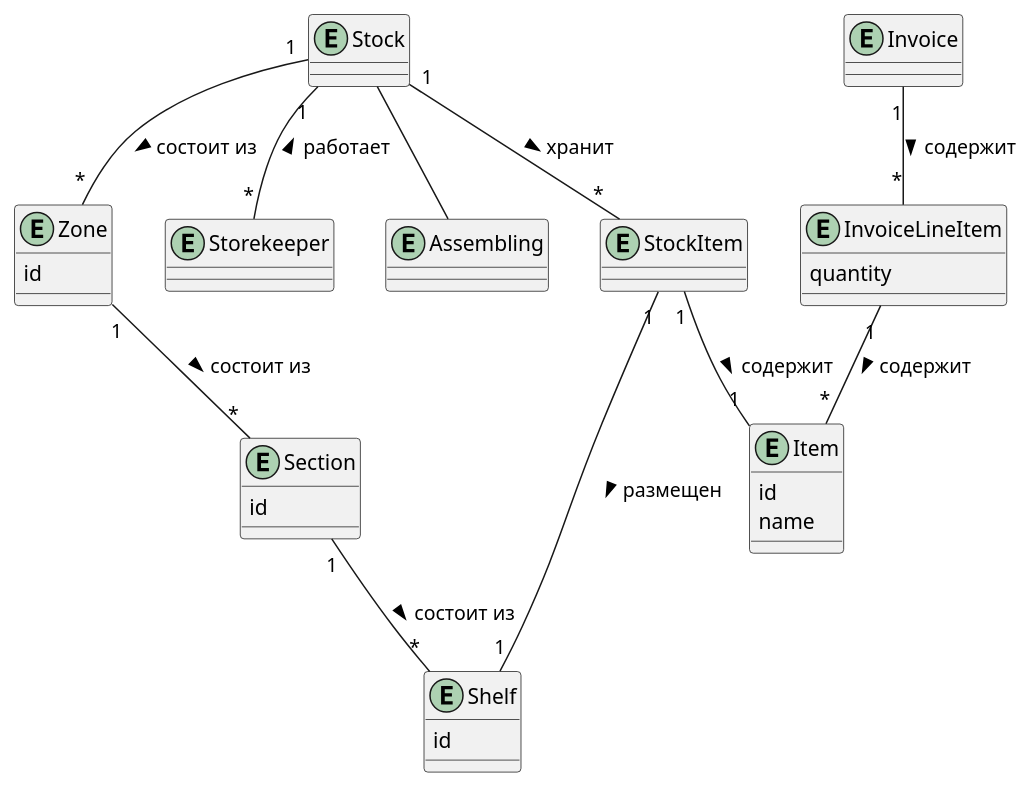
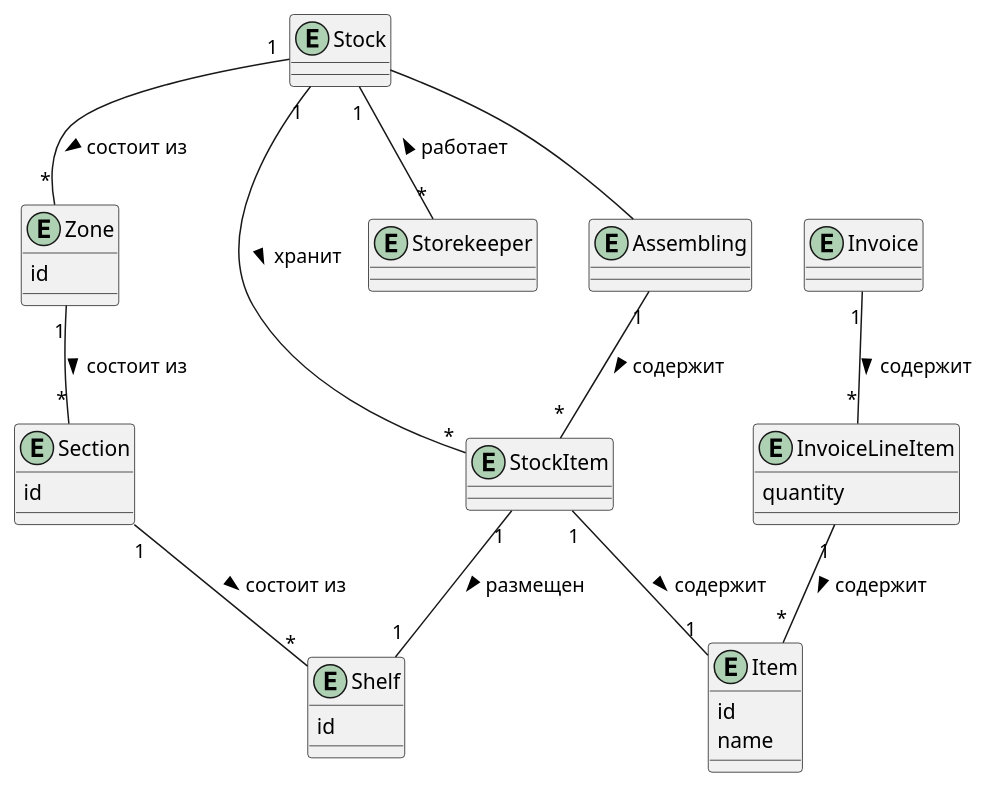
One commit to penamarth/bsbo-02-21_team5_var6_sklad changed the diagram in warehouse/модель_предметной_области.md. Above: the diagram before and after it, drawn with PlantUML.

Commit message:
Изменение модели предментой области.

````diff
--- a/warehouse/модель_предметной_области.md
+++ b/warehouse/модель_предметной_области.md
@@ -1,50 +1,51 @@
 ```plantuml
 
 @startuml
 
 entity Stock {}
 
 entity Item {
   id
   name
 }
 
 entity StockItem {}
 
 entity Zone {
   id
 }
 
 entity Section {
   id
 }
 
 entity Shelf {
   id
 }
 
 entity Invoice {}
 
 entity InvoiceLineItem {
   quantity
 }
 
 entity Storekeeper {}
 
 entity Assembling {}
 
 Stock "1" -- "*" StockItem : "хранит >"
 StockItem "1" -- "1" Item : "содержит >"
 StockItem "1" -- "1" Shelf : "размещен >"
 Invoice "1" -- "*" InvoiceLineItem : "содержит >"
 InvoiceLineItem "1" -- "*" Item : "содержит >"
 Stock "1" -- "*" Zone : "состоит из >"
 Zone "1" -- "*" Section : "состоит из >"
 Section "1" -- "*" Shelf : "состоит из >"
 Stock "1" -- "*" Storekeeper : "работает <"
 Stock -- Assembling
+Assembling "1" -- "*" StockItem : "содержит >"
 
 
 @enduml
 
 ```
````
